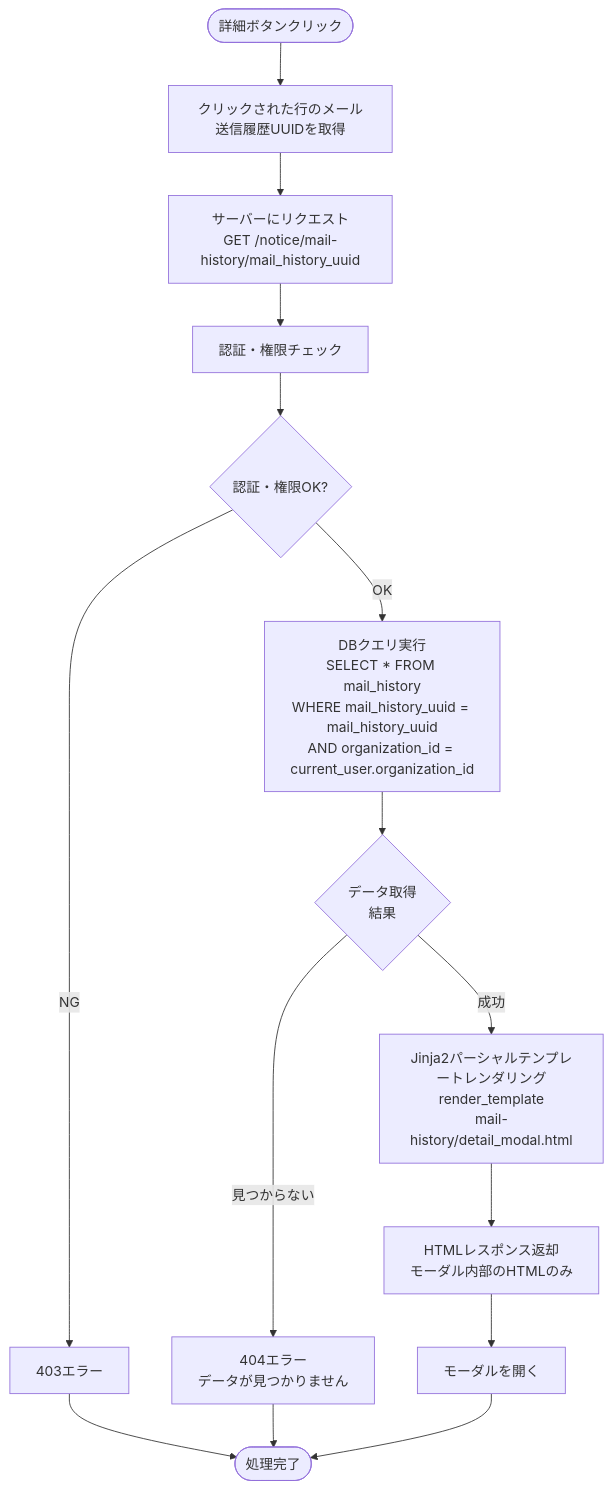
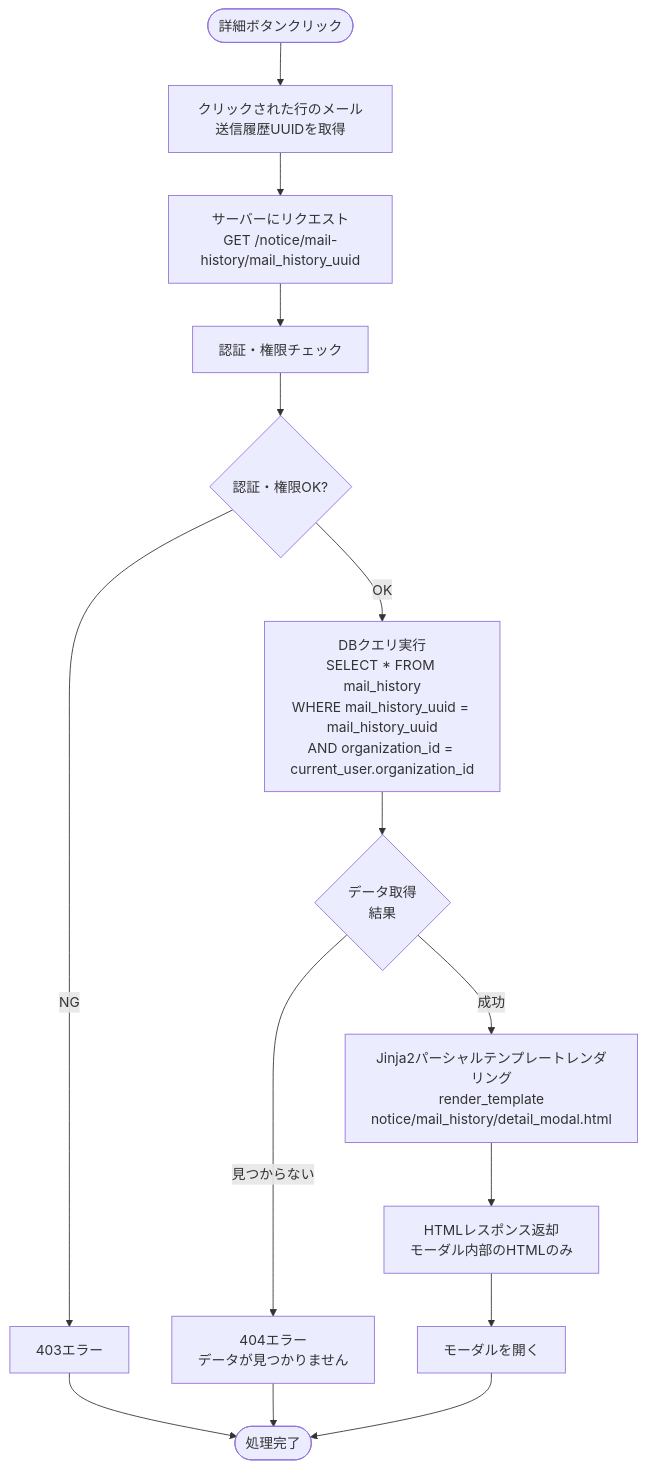
Before and after one commit to NSW-SVCP-AIWG002/Databricks-IoT: the fourth of 5 diagrams in docs/03-features/flask-app/mail-history/workflow-specification.md, drawn with Mermaid. The commit also changed other lines of this file and 3 other files, not shown here.

````diff
--- a/docs/03-features/flask-app/mail-history/workflow-specification.md
+++ b/docs/03-features/flask-app/mail-history/workflow-specification.md
@@ -869,21 +883,21 @@
 ```mermaid
 flowchart TD
     Start([詳細ボタンクリック]) --> GetID[クリックされた行のメール送信履歴UUIDを取得]
     GetID --> Request[サーバーにリクエスト<br>GET /notice/mail-history/mail_history_uuid]
     Request --> Auth[認証・権限チェック]
     Auth --> CheckAuth{認証・権限OK?}
 
 
     CheckAuth -->|NG| Error403[403エラー]
     CheckAuth -->|OK| Query[DBクエリ実行<br>SELECT * FROM mail_history<br>WHERE mail_history_uuid = mail_history_uuid<br>AND organization_id = current_user.organization_id]
     Query --> CheckDB{データ取得<br>結果}
 
     CheckDB -->|見つからない| Error404[404エラー<br>データが見つかりません]
-    CheckDB -->|成功| Template[Jinja2パーシャルテンプレートレンダリング<br>render_template<br>mail-history/detail_modal.html]
+    CheckDB -->|成功| Template[Jinja2パーシャルテンプレートレンダリング<br>render_template<br>notice/mail_history/detail_modal.html]
     Template --> Response[HTMLレスポンス返却<br>モーダル内部のHTMLのみ]
     Response --> Modal[モーダルを開く]
 
     Error403 --> End([処理完了])
     Error404 --> End
     Modal --> End
 ```
````
